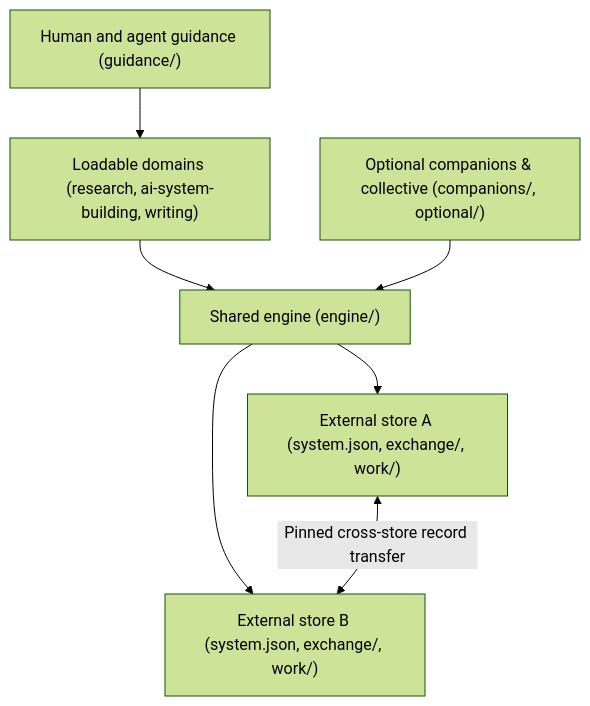
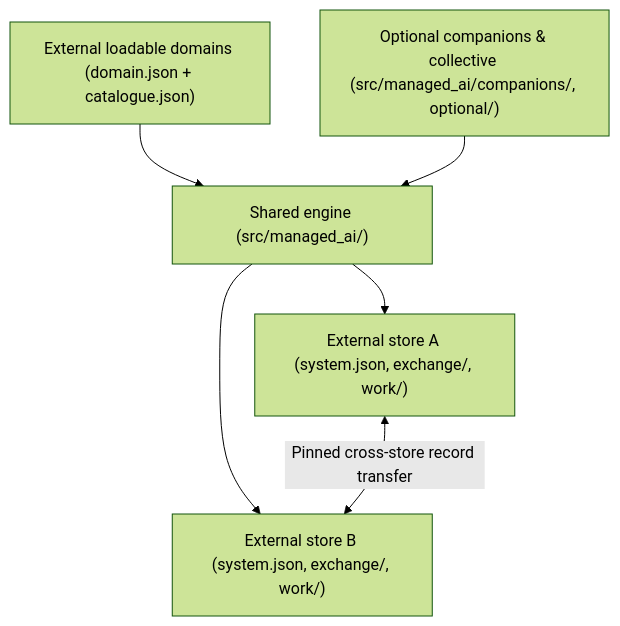
Before and after one commit to nestharus/managed-ai: the diagram in ARCHITECTURE.md, drawn with Mermaid (forest theme). The commit also changed other lines of this file and 46 other files, not shown here.

Commit message:
Wave 6 Stage 6.2B: MIT LICENSE, NOTICE, src/managed_ai release/manifests/docs, runtime GUIDE.md, and tests/release

````diff
--- a/ARCHITECTURE.md
+++ b/ARCHITECTURE.md
@@ -5,9 +5,8 @@
 ```mermaid
 flowchart TD
-    D["Loadable domains (research, ai-system-building, writing)"] --> E["Shared engine (engine/)"]
-    G["Human and agent guidance (guidance/)"] --> D
+    D["External loadable domains (domain.json + catalogue.json)"] --> E["Shared engine (src/managed_ai/)"]
     E --> S1["External store A (system.json, exchange/, work/)"]
     E --> S2["External store B (system.json, exchange/, work/)"]
-    C["Optional companions & collective (companions/, optional/)"] --> E
+    C["Optional companions & collective (src/managed_ai/companions/, optional/)"] --> E
     S1 <-->|"Pinned cross-store record transfer"| S2
 ```
````
